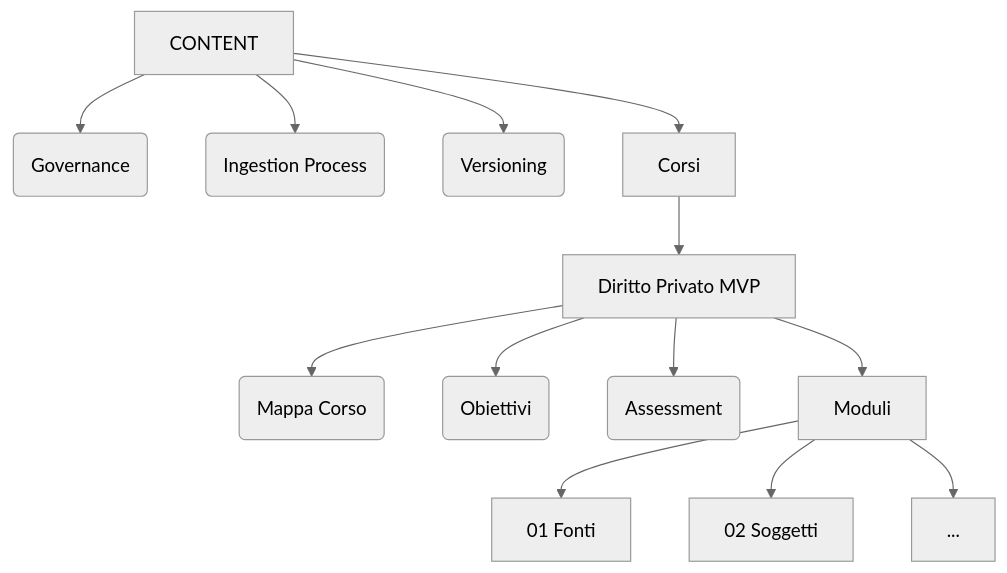
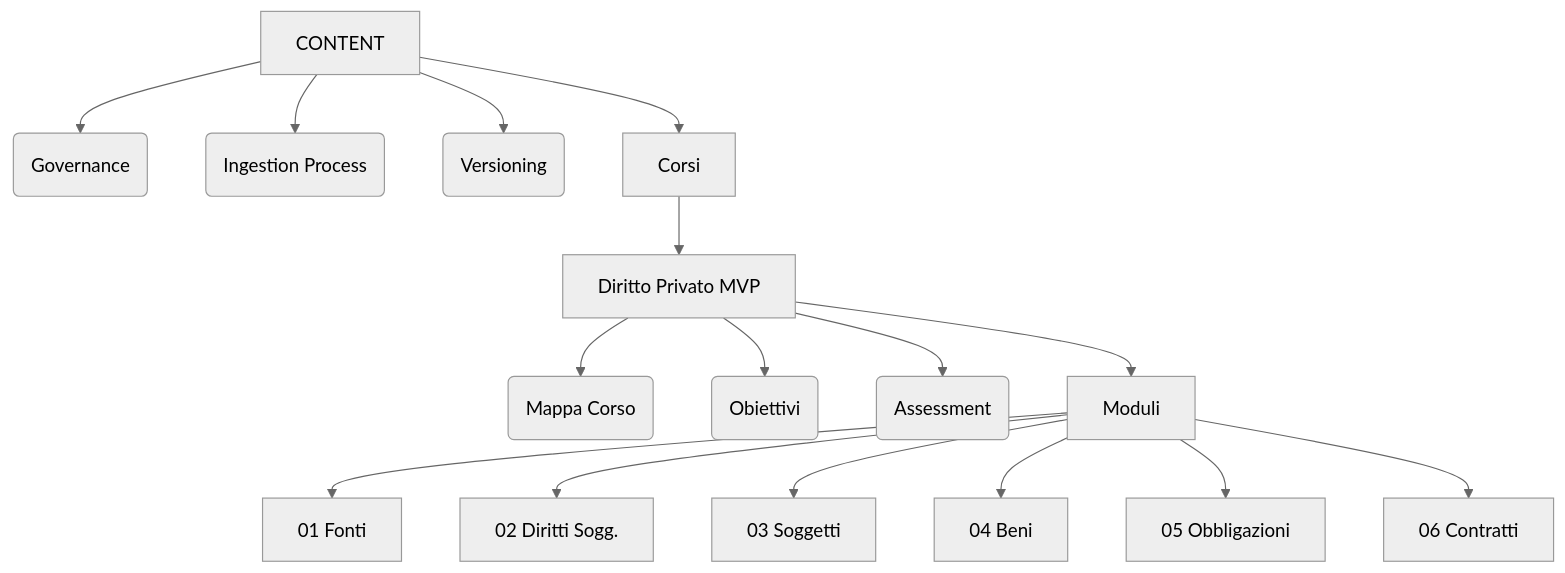
One commit to NBN-WEST/leuniversita changed the diagram in docs/memory_bank/CONTENT/README.md. Above: the diagram before and after it, drawn with Mermaid (neutral theme). The commit also changed other lines of this file and 18 other files, not shown here.

````diff
--- a/docs/memory_bank/CONTENT/README.md
+++ b/docs/memory_bank/CONTENT/README.md
@@ -28,18 +33,21 @@
 ```mermaid
 graph TD
     ROOT[CONTENT] --> GOV(Governance)
     ROOT --> ING(Ingestion Process)
     ROOT --> VER(Versioning)
     
     ROOT --> COURSES[Corsi]
     COURSES --> PRIV[Diritto Privato MVP]
     
     PRIV --> MAP(Mappa Corso)
     PRIV --> OBJ(Obiettivi)
     PRIV --> ASS(Assessment)
     PRIV --> MODS[Moduli]
     
     MODS --> M1[01 Fonti]
-    MODS --> M2[02 Soggetti]
-    MODS --> M3[...]
+    MODS --> M2[02 Diritti Sogg.]
+    MODS --> M3[03 Soggetti]
+    MODS --> M4[04 Beni]
+    MODS --> M5[05 Obbligazioni]
+    MODS --> M6[06 Contratti]
 ```
````
